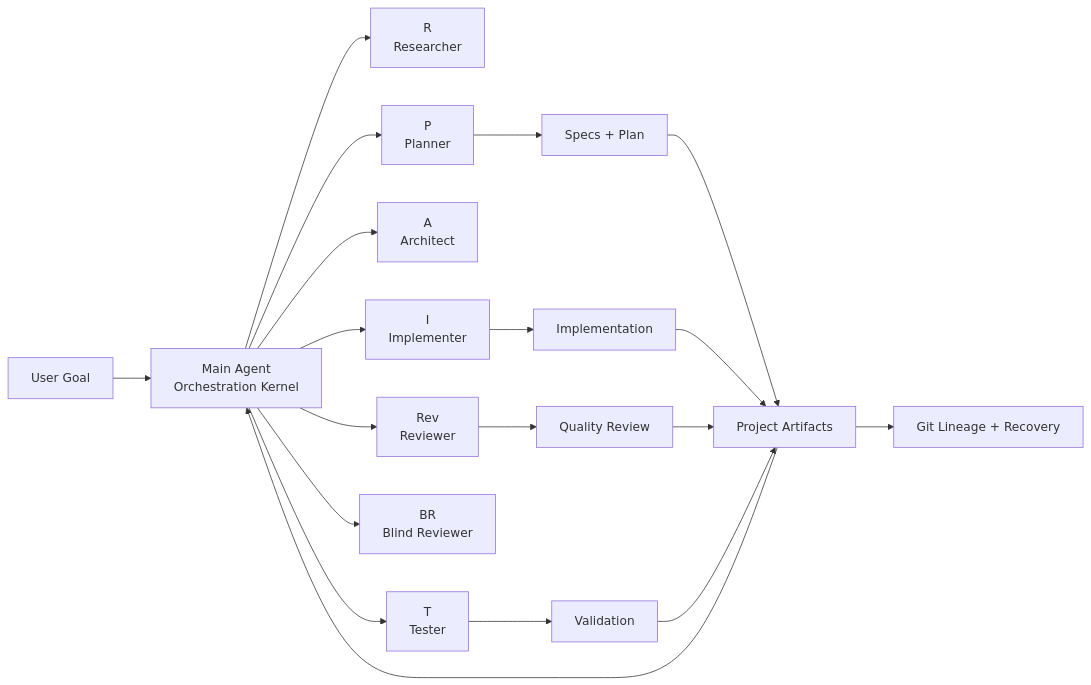
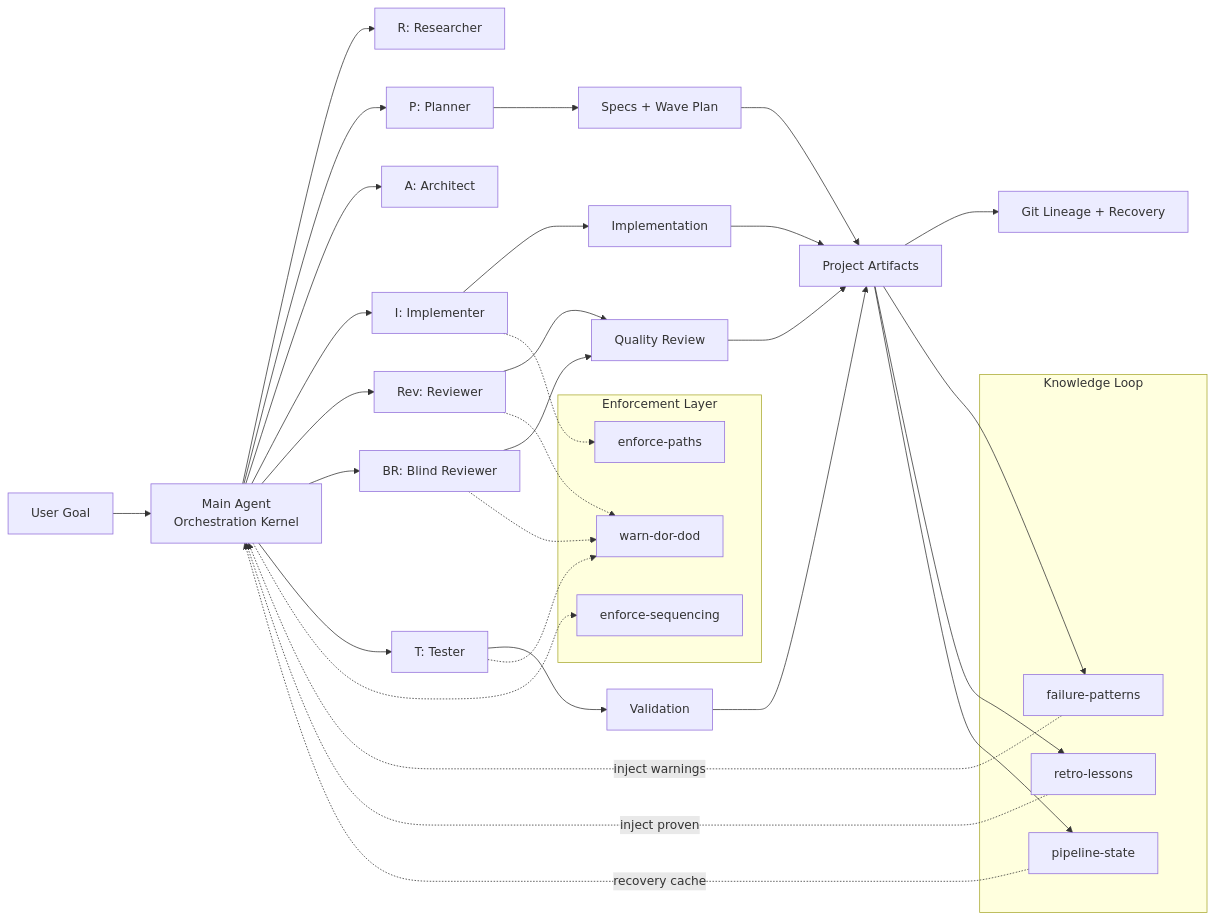
Before and after one commit to vospr/context-engineering-template: the first of 6 diagrams in README.md, drawn with Mermaid. The commit also changed other lines of this file and 1 other file, not shown here.

````diff
--- a/README.md
+++ b/README.md
@@ -59,25 +60,50 @@
 ```mermaid
 flowchart LR
-    U[User Goal] --> M[Main Agent<br/>Orchestration Kernel]
+    U["User Goal"] --> M["Main Agent<br/>Orchestration Kernel"]
 
-    M --> R[R<br/>Researcher]
-    M --> P[P<br/>Planner]
-    M --> A[A<br/>Architect]
-    M --> I[I<br/>Implementer]
-    M --> RV[Rev<br/>Reviewer]
-    M --> BR[BR<br/>Blind Reviewer]
-    M --> T[T<br/>Tester]
+    M --> R["R: Researcher"]
+    M --> P["P: Planner"]
+    M --> A["A: Architect"]
+    M --> I["I: Implementer"]
+    M --> RV["Rev: Reviewer"]
+    M --> BR["BR: Blind Reviewer"]
+    M --> T["T: Tester"]
 
-    P --> S[Specs + Plan]
-    I --> X[Implementation]
-    RV --> Q[Quality Review]
-    T --> V[Validation]
+    P --> S["Specs + Wave Plan"]
+    I --> X["Implementation"]
+    RV --> Q["Quality Review"]
+    BR --> Q
+    T --> V["Validation"]
 
-    S --> O[Project Artifacts]
+    S --> O["Project Artifacts"]
     X --> O
     Q --> O
     V --> O
 
-    O --> G[Git Lineage + Recovery]
-    O --> M
+    O --> G["Git Lineage + Recovery"]
+
+    subgraph "Enforcement Layer"
+        EP["enforce-paths"]
+        ES["enforce-sequencing"]
+        DD["warn-dor-dod"]
+    end
+
+    I -.-> EP
+    M -.-> ES
+    RV -.-> DD
+    BR -.-> DD
+    T -.-> DD
+
+    subgraph "Knowledge Loop"
+        FP["failure-patterns"]
+        RL["retro-lessons"]
+        PS["pipeline-state"]
+    end
+
+    O --> FP
+    O --> RL
+    O --> PS
+    FP -.->|"inject warnings"| M
+    RL -.->|"inject proven"| M
+    PS -.->|"recovery cache"| M
 ```
````
